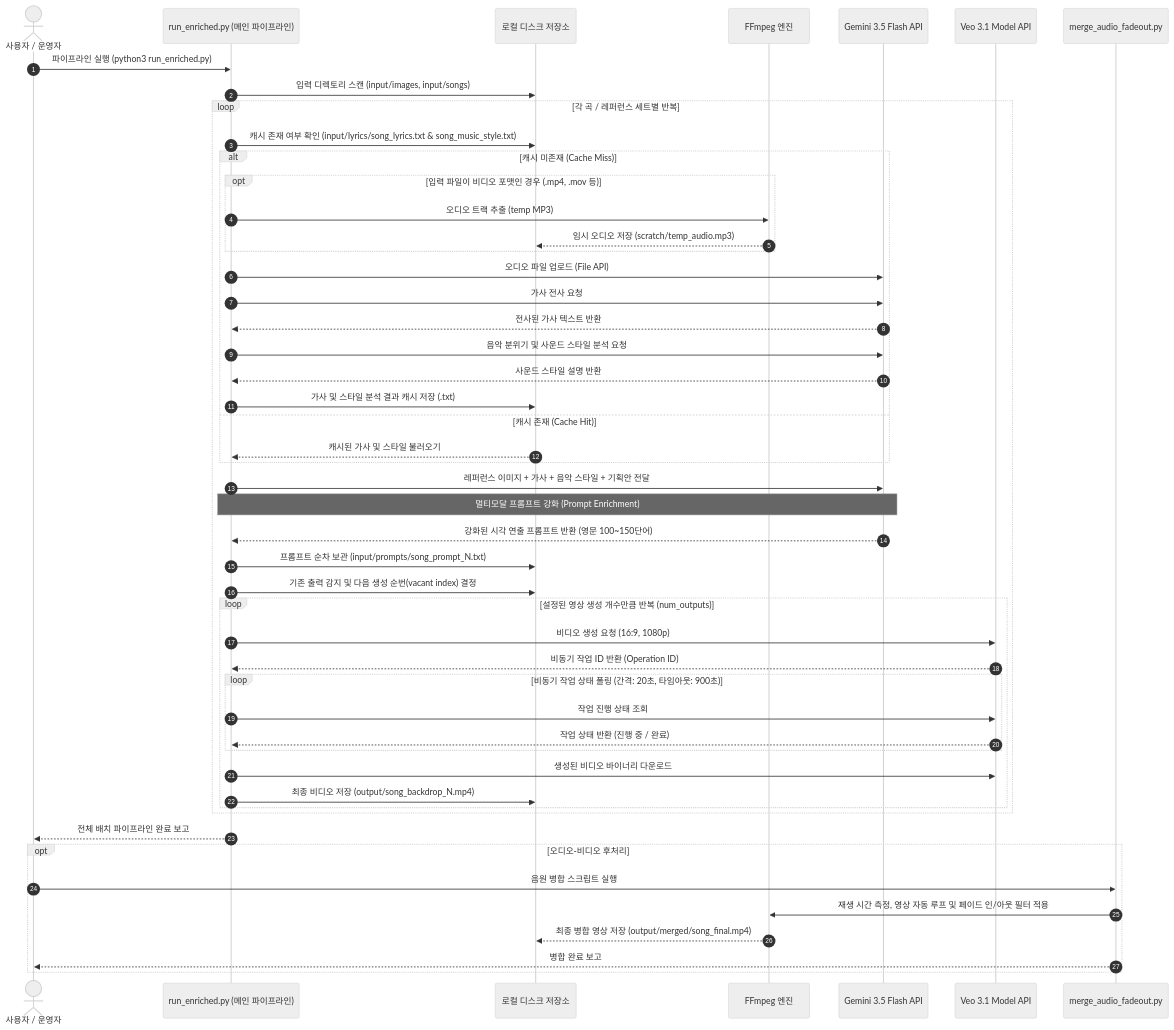
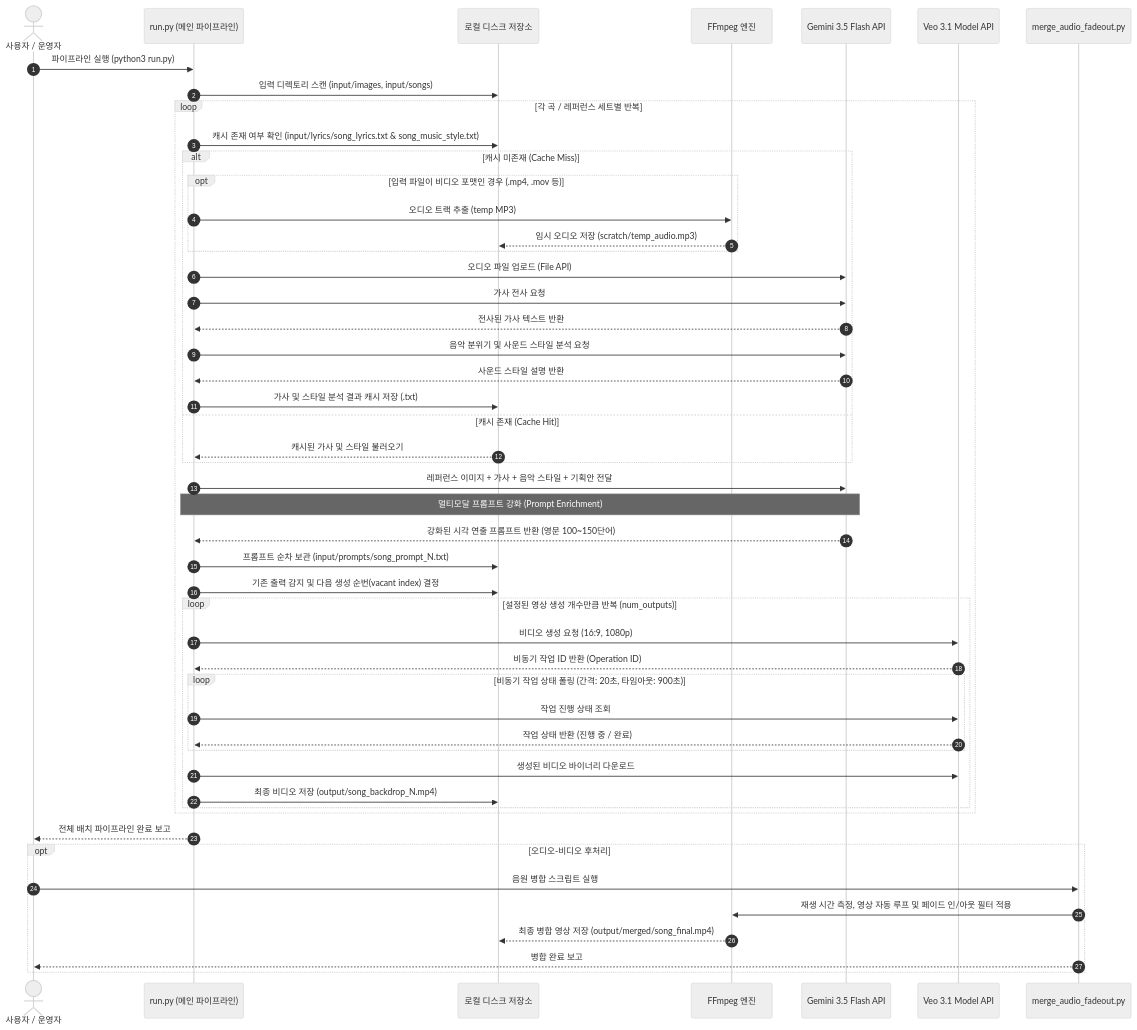
The eighth of 12 diagrams in ARCHITECTURE.md (electronicnomad/stage-backdrops), drawn with Mermaid before and after one commit. The commit also changed other lines of this file and 2 other files, not shown here.

Commit message:
refactor: rename run_enriched.py to run.py and update documentation

````diff
--- a/ARCHITECTURE.md
+++ b/ARCHITECTURE.md
@@ -273,58 +273,58 @@
 ```mermaid
 %%{init: {'theme': 'neutral'}}%%
 sequenceDiagram
     autonumber
     actor User as 사용자 / 운영자
-    participant PL as run_enriched.py (메인 파이프라인)
+    participant PL as run.py (메인 파이프라인)
     participant LD as 로컬 디스크 저장소
     participant FF as FFmpeg 엔진
     participant GEM as Gemini 3.5 Flash API
     participant VEO as Veo 3.1 Model API
     participant MRG as merge_audio_fadeout.py
 
-    User->>PL: 파이프라인 실행 (python3 run_enriched.py)
+    User->>PL: 파이프라인 실행 (python3 run.py)
     PL->>LD: 입력 디렉토리 스캔 (input/images, input/songs)
     
     loop 각 곡 / 레퍼런스 세트별 반복
         PL->>LD: 캐시 존재 여부 확인 (input/lyrics/song_lyrics.txt & song_music_style.txt)
         alt 캐시 미존재 (Cache Miss)
             opt 입력 파일이 비디오 포맷인 경우 (.mp4, .mov 등)
                 PL->>FF: 오디오 트랙 추출 (temp MP3)
                 FF-->>LD: 임시 오디오 저장 (scratch/temp_audio.mp3)
             end
             PL->>GEM: 오디오 파일 업로드 (File API)
             PL->>GEM: 가사 전사 요청
             GEM-->>PL: 전사된 가사 텍스트 반환
             PL->>GEM: 음악 분위기 및 사운드 스타일 분석 요청
             GEM-->>PL: 사운드 스타일 설명 반환
             PL->>LD: 가사 및 스타일 분석 결과 캐시 저장 (.txt)
         else 캐시 존재 (Cache Hit)
             LD-->>PL: 캐시된 가사 및 스타일 불러오기
         end
 
         PL->>GEM: 레퍼런스 이미지 + 가사 + 음악 스타일 + 기획안 전달
         Note over PL, GEM: 멀티모달 프롬프트 강화 (Prompt Enrichment)
         GEM-->>PL: 강화된 시각 연출 프롬프트 반환 (영문 100~150단어)
         PL->>LD: 프롬프트 순차 보관 (input/prompts/song_prompt_N.txt)
 
         PL->>LD: 기존 출력 감지 및 다음 생성 순번(vacant index) 결정
         loop 설정된 영상 생성 개수만큼 반복 (num_outputs)
             PL->>VEO: 비디오 생성 요청 (16:9, 1080p)
             VEO-->>PL: 비동기 작업 ID 반환 (Operation ID)
             loop 비동기 작업 상태 폴링 (간격: 20초, 타임아웃: 900초)
                 PL->>VEO: 작업 진행 상태 조회
                 VEO-->>PL: 작업 상태 반환 (진행 중 / 완료)
             end
             PL->>VEO: 생성된 비디오 바이너리 다운로드
             PL->>LD: 최종 비디오 저장 (output/song_backdrop_N.mp4)
         end
     end
     PL-->>User: 전체 배치 파이프라인 완료 보고
 
     opt 오디오-비디오 후처리
         User->>MRG: 음원 병합 스크립트 실행
         MRG->>FF: 재생 시간 측정, 영상 자동 루프 및 페이드 인/아웃 필터 적용
         FF-->>LD: 최종 병합 영상 저장 (output/merged/song_final.mp4)
         MRG-->>User: 병합 완료 보고
     end
 ```
````
